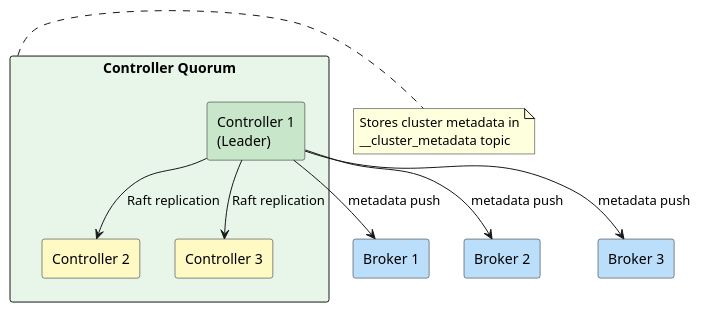
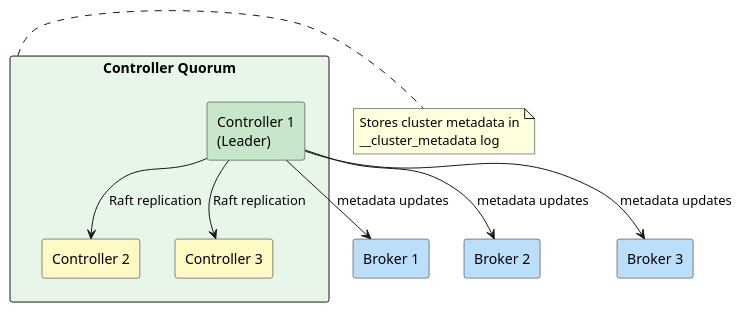
One commit to axonops/documentation changed the third of 9 diagrams in docs/data-platforms/kafka/architecture/brokers/index.md. Above: the diagram before and after it, drawn with PlantUML. The commit also changed other lines of this file and 34 other files, not shown here.

Commit message:
Updated Kafka architecture documents

````diff
--- a/docs/data-platforms/kafka/architecture/brokers/index.md
+++ b/docs/data-platforms/kafka/architecture/brokers/index.md
@@ -131,28 +134,28 @@
 ```plantuml
 @startuml
 skinparam backgroundColor transparent
 
 rectangle "Controller Quorum" as cq #E8F5E9 {
     rectangle "Controller 1\n(Leader)" as c1 #C8E6C9
     rectangle "Controller 2" as c2 #FFF9C4
     rectangle "Controller 3" as c3 #FFF9C4
 }
 
 rectangle "Broker 1" as b1 #BBDEFB
 rectangle "Broker 2" as b2 #BBDEFB
 rectangle "Broker 3" as b3 #BBDEFB
 
 c1 --> c2 : Raft replication
 c1 --> c3 : Raft replication
 
-c1 --> b1 : metadata push
-c1 --> b2 : metadata push
-c1 --> b3 : metadata push
+c1 --> b1 : metadata updates
+c1 --> b2 : metadata updates
+c1 --> b3 : metadata updates
 
 note right of cq
   Stores cluster metadata in
-  __cluster_metadata topic
+  __cluster_metadata log
 end note
 
 @enduml
 ```
````
